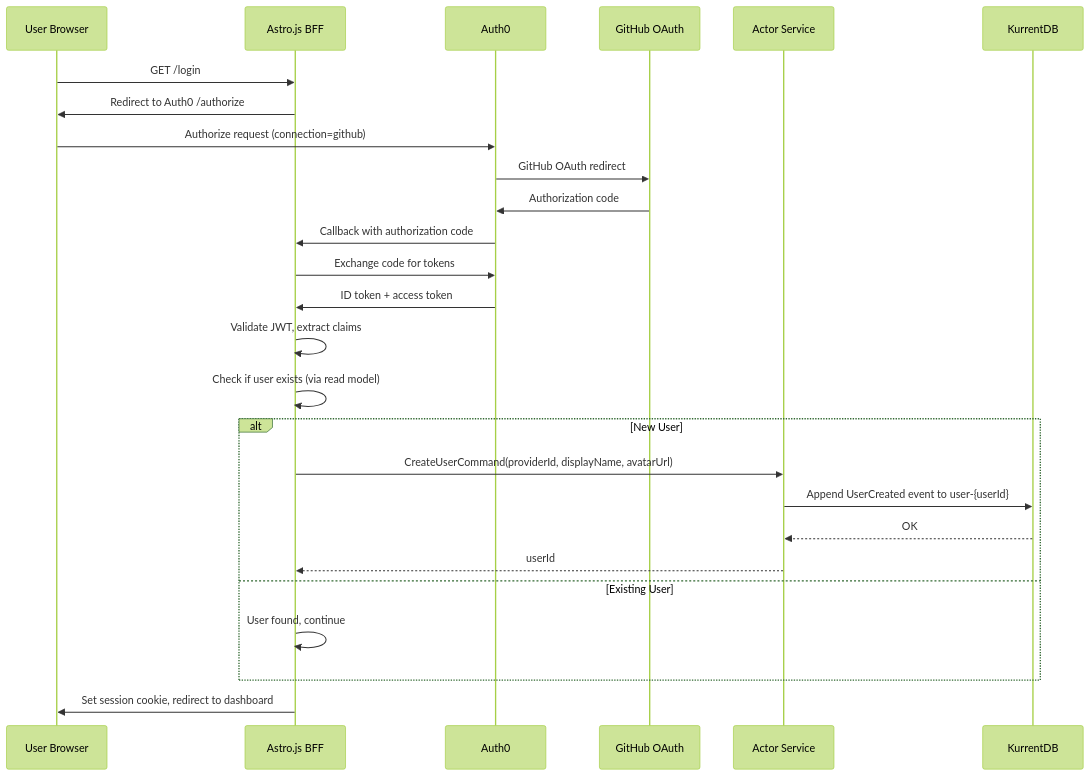
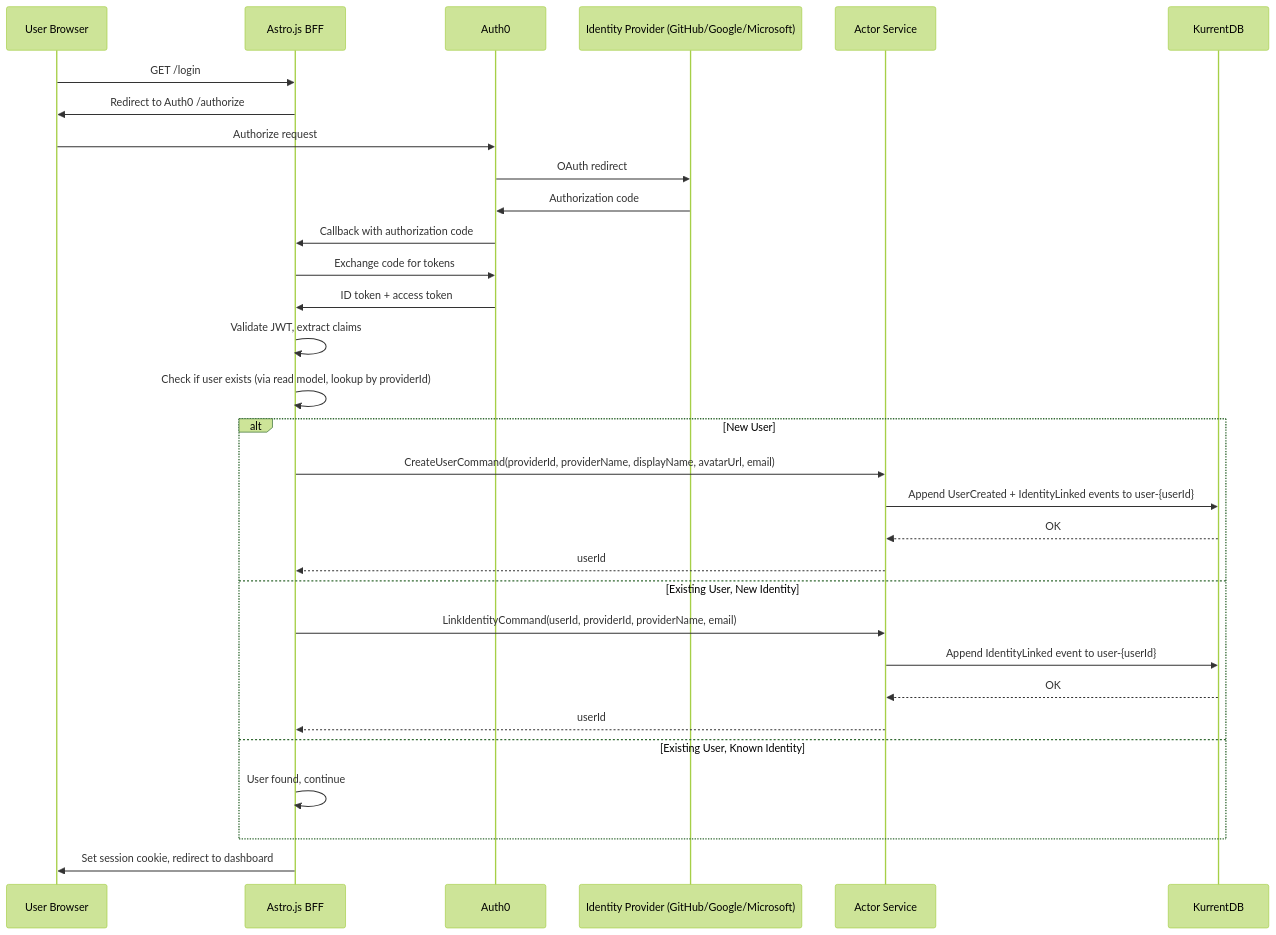
Before and after one commit to lekhasy/Vut: the third of 15 diagrams in epics/01-epic-first-signin-org/architecture/architecture.md, drawn with Mermaid (forest theme). The commit also changed other lines of this file and 13 other files, not shown here.

````diff
--- a/epics/01-epic-first-signin-org/architecture/architecture.md
+++ b/epics/01-epic-first-signin-org/architecture/architecture.md
@@ -325,29 +330,34 @@
 ```mermaid
 sequenceDiagram
     participant U as User Browser
     participant FE as Astro.js BFF
     participant A as Auth0
-    participant GH as GitHub OAuth
+    participant IdP as Identity Provider (GitHub/Google/Microsoft)
     participant AS as Actor Service
     participant K as KurrentDB
 
     U->>FE: GET /login
     FE->>U: Redirect to Auth0 /authorize
-    U->>A: Authorize request (connection=github)
-    A->>GH: GitHub OAuth redirect
-    GH->>A: Authorization code
+    U->>A: Authorize request
+    A->>IdP: OAuth redirect
+    IdP->>A: Authorization code
     A->>FE: Callback with authorization code
     FE->>A: Exchange code for tokens
     A->>FE: ID token + access token
     FE->>FE: Validate JWT, extract claims
-    FE->>FE: Check if user exists (via read model)
+    FE->>FE: Check if user exists (via read model, lookup by providerId)
     alt New User
-        FE->>AS: CreateUserCommand(providerId, displayName, avatarUrl)
-        AS->>K: Append UserCreated event to user-{userId}
+        FE->>AS: CreateUserCommand(providerId, providerName, displayName, avatarUrl, email)
+        AS->>K: Append UserCreated + IdentityLinked events to user-{userId}
         K-->>AS: OK
         AS-->>FE: userId
-    else Existing User
+    else Existing User, New Identity
+        FE->>AS: LinkIdentityCommand(userId, providerId, providerName, email)
+        AS->>K: Append IdentityLinked event to user-{userId}
+        K-->>AS: OK
+        AS-->>FE: userId
+    else Existing User, Known Identity
         FE->>FE: User found, continue
     end
     FE->>U: Set session cookie, redirect to dashboard
 ```
````
